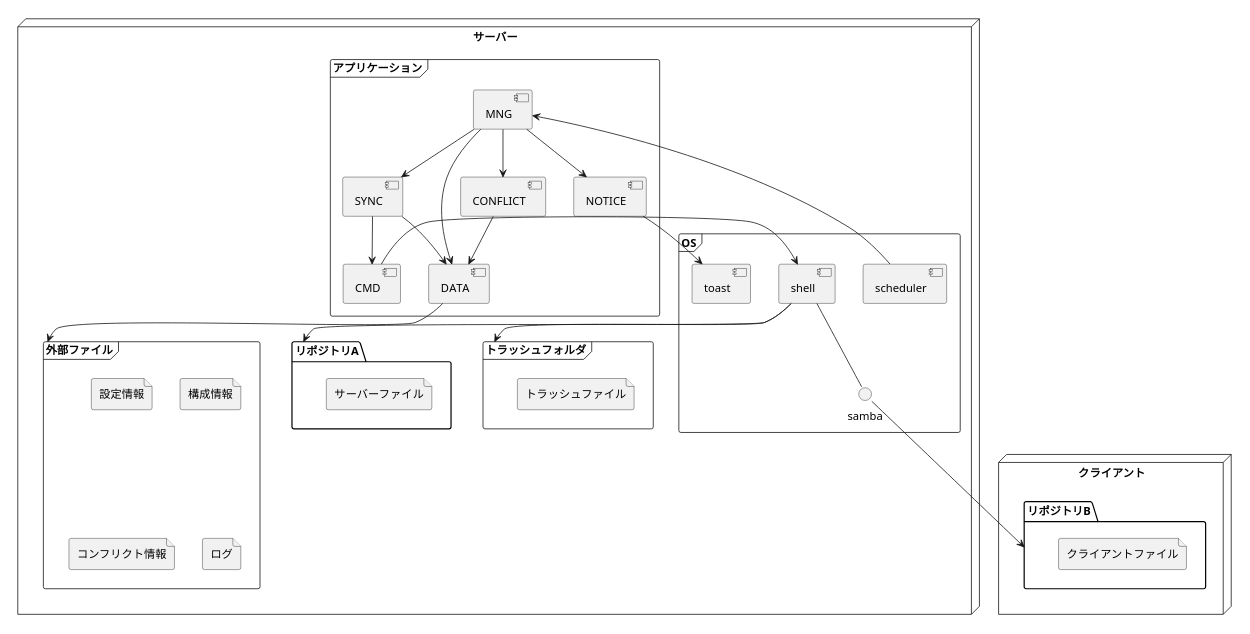
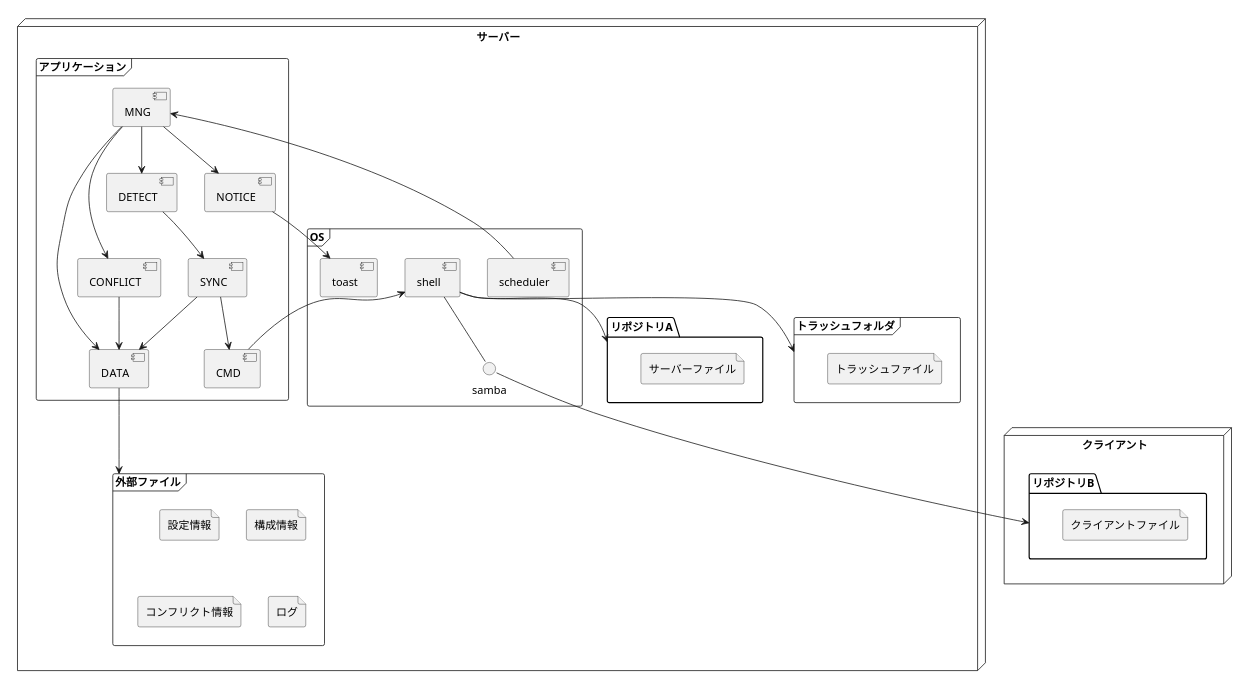
One commit to KiyoshiKazuma/PhotoAutoSyncSystem changed the diagram in doc/図表/システム構成図.puml. Above: the diagram before and after it, drawn with PlantUML. The commit also changed 2 other files, not shown here.

```diff
--- a/doc/図表/システム構成図.puml
+++ b/doc/図表/システム構成図.puml
@@ -1,58 +1,60 @@
 @startuml
 scale 700 width
 node サーバー{
     folder リポジトリA{
         file サーバーファイル
     }
 
     frame アプリケーション{
         component MNG
+        component DETECT
         component SYNC
         component NOTICE
         component DATA
         component CMD
         component CONFLICT
     }
 
     frame 外部ファイル{
         file 設定情報
         file 構成情報
         file コンフリクト情報
         file ログ
     }
 
     frame トラッシュフォルダ{
         file トラッシュファイル
     }
     
     frame OS{
         component scheduler
         component shell
         component toast
         interface samba    
     }
 
 }
 node クライアント{
     folder リポジトリB{
         file クライアントファイル
     }
 }
 
 scheduler --> MNG
-MNG --> SYNC
+MNG --> DETECT
+DETECT --> SYNC
 MNG --> NOTICE
 MNG --> CONFLICT
 SYNC --> CMD
 SYNC --> DATA
 CONFLICT --> DATA
 MNG --> DATA 
 DATA --> 外部ファイル
 CMD --> shell
 NOTICE --> toast
 shell --> リポジトリA
 shell -- samba
 shell --> トラッシュフォルダ
 samba --> リポジトリB
 
 @enduml
```
